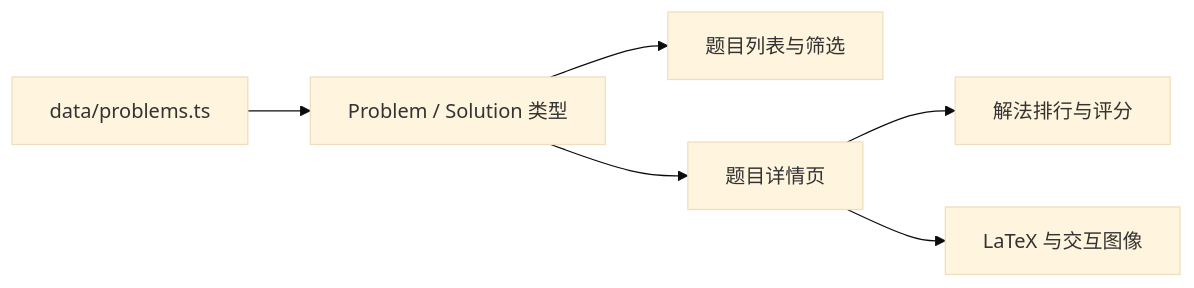
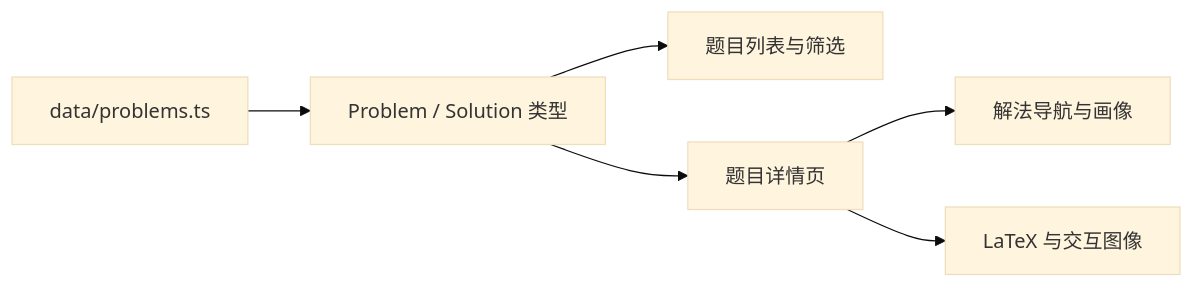
Before and after one commit to XuanheGuo/ProofArena: the diagram in README.md, drawn with Mermaid (base theme). The commit also changed other lines of this file and 24 other files, not shown here.

````diff
--- a/README.md
+++ b/README.md
@@ -84,8 +84,8 @@
 ```mermaid
 flowchart LR
     A["data/problems.ts"] --> B["Problem / Solution 类型"]
     B --> C["题目列表与筛选"]
     B --> D["题目详情页"]
-    D --> E["解法排行与评分"]
+    D --> E["解法导航与画像"]
     D --> F["LaTeX 与交互图像"]
 ```
````
